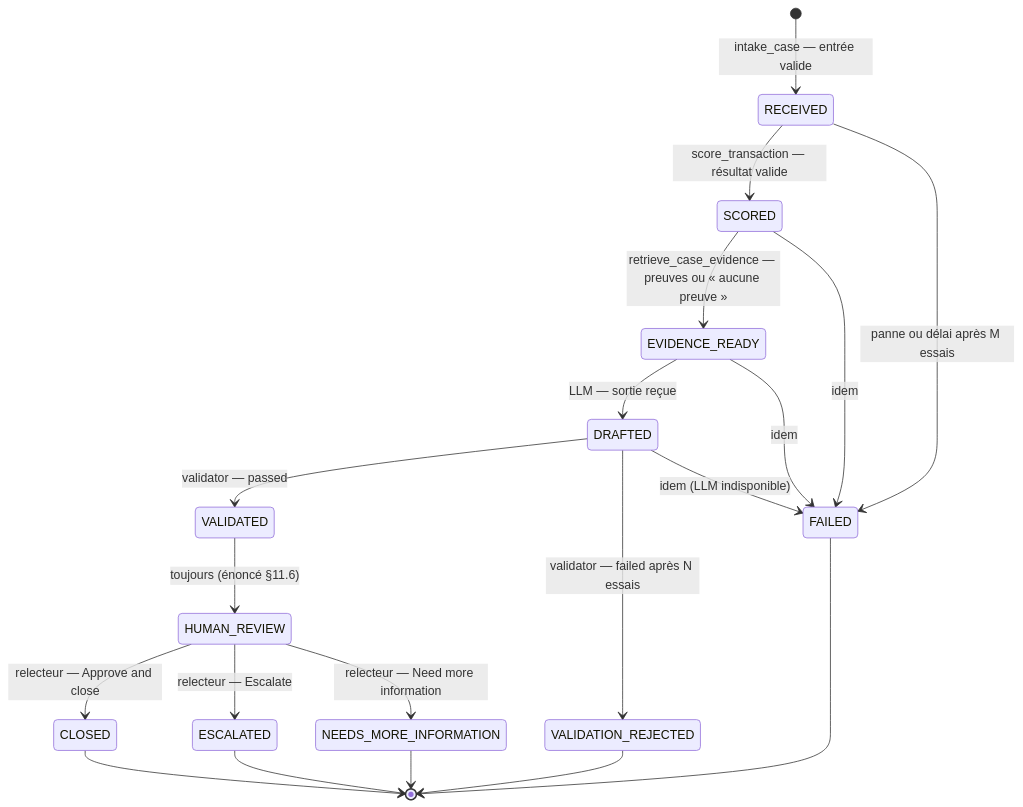
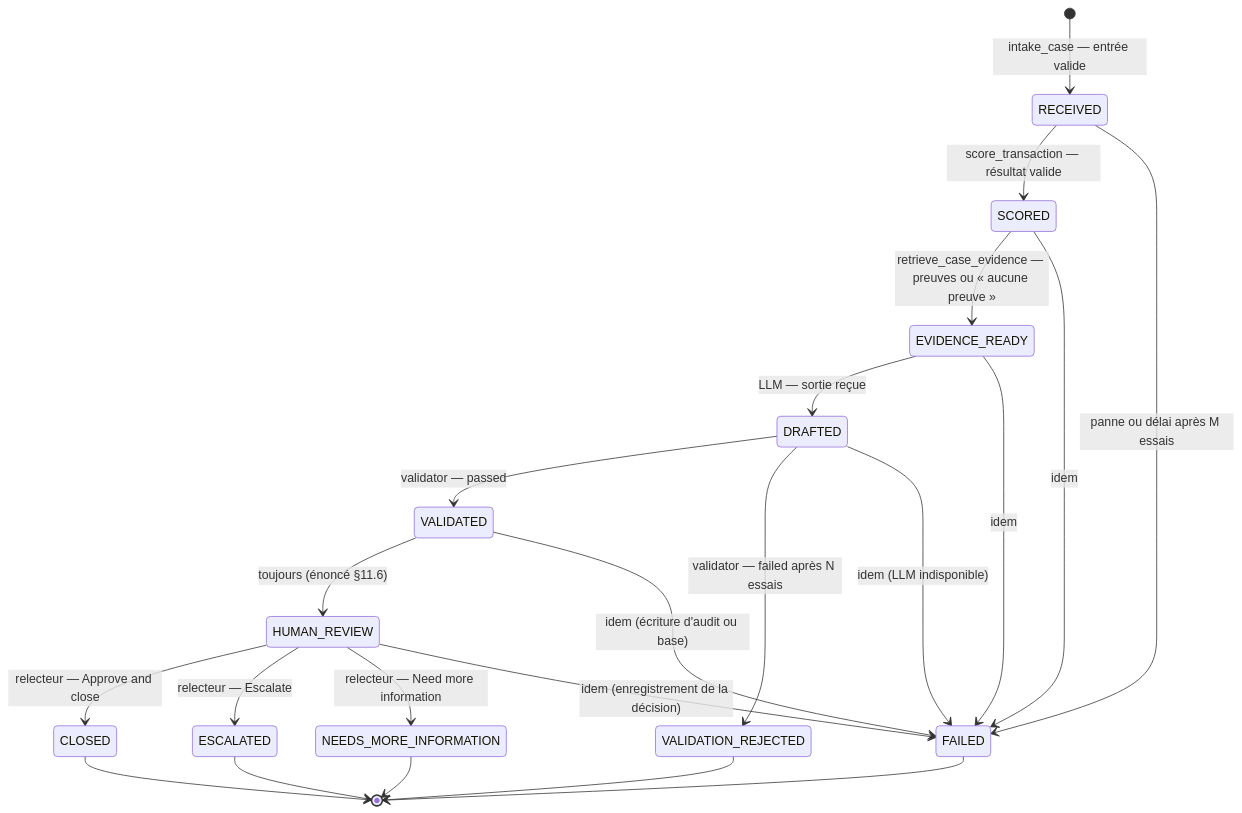
Before and after one commit to aiengineernlp-dotcom/fraud-risk-intelligence-prototype: diagram 12 of 13 in docs/specs/Architecture_Projet.md, drawn with Mermaid. The commit also changed other lines of this file and 1 other file, not shown here.

Commit message:
docs(J4): docs/specs Architecture_Projet v1.2 (I45) ; PASSATION après fusion de la PR 1

````diff
--- a/docs/specs/Architecture_Projet.md
+++ b/docs/specs/Architecture_Projet.md
@@ -404,23 +405,25 @@
 ```mermaid
 stateDiagram-v2
     direction TB
     [*] --> RECEIVED: intake_case — entrée valide
     RECEIVED --> SCORED: score_transaction — résultat valide
     SCORED --> EVIDENCE_READY: retrieve_case_evidence — preuves ou « aucune preuve »
     EVIDENCE_READY --> DRAFTED: LLM — sortie reçue
     DRAFTED --> VALIDATED: validator — passed
     DRAFTED --> VALIDATION_REJECTED: validator — failed après N essais
     VALIDATED --> HUMAN_REVIEW: toujours (énoncé §11.6)
     HUMAN_REVIEW --> CLOSED: relecteur — Approve and close
     HUMAN_REVIEW --> ESCALATED: relecteur — Escalate
     HUMAN_REVIEW --> NEEDS_MORE_INFORMATION: relecteur — Need more information
     RECEIVED --> FAILED: panne ou délai après M essais
     SCORED --> FAILED: idem
     EVIDENCE_READY --> FAILED: idem
     DRAFTED --> FAILED: idem (LLM indisponible)
+    VALIDATED --> FAILED: idem (écriture d'audit ou base)
+    HUMAN_REVIEW --> FAILED: idem (enregistrement de la décision)
     CLOSED --> [*]
     ESCALATED --> [*]
     NEEDS_MORE_INFORMATION --> [*]
     FAILED --> [*]
     VALIDATION_REJECTED --> [*]
 ```
````
